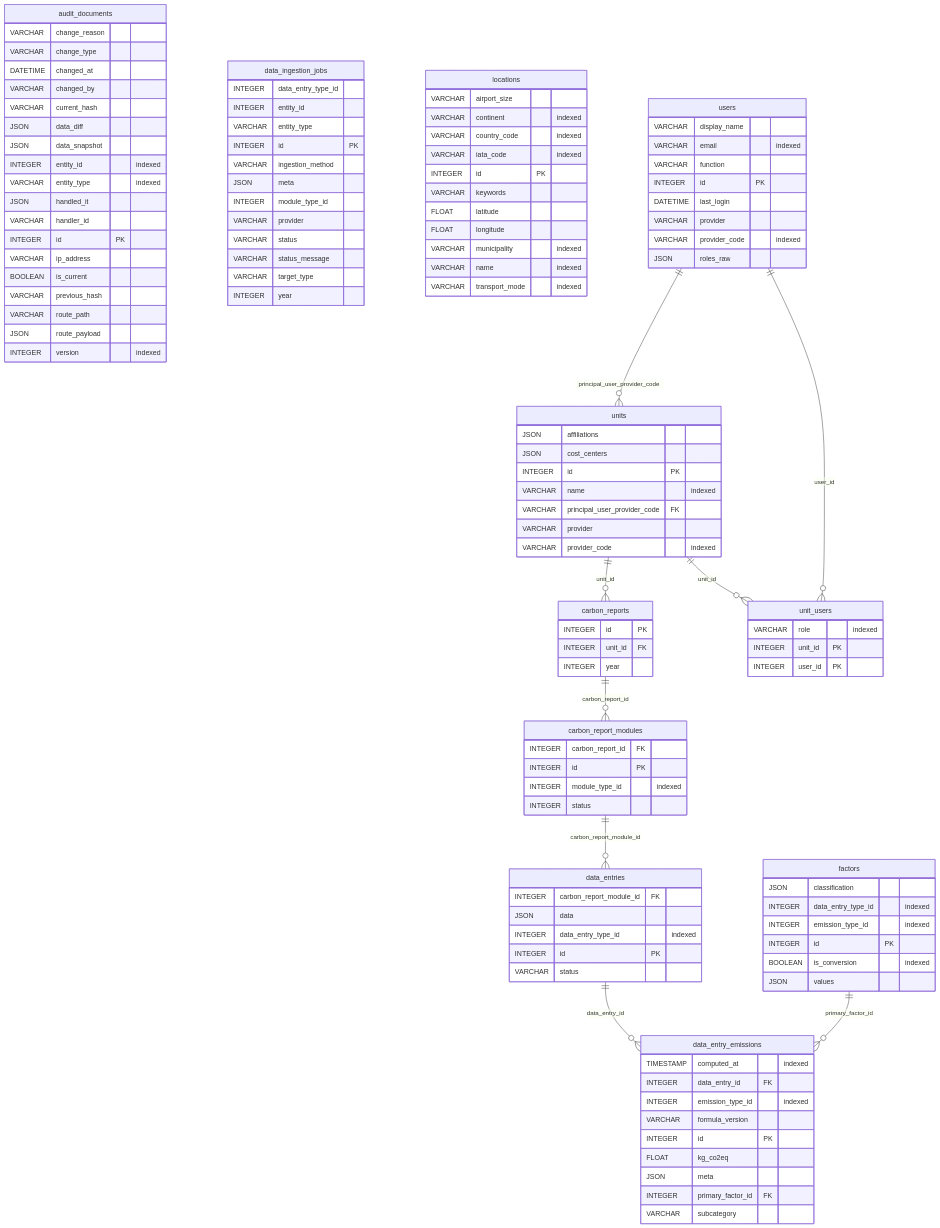
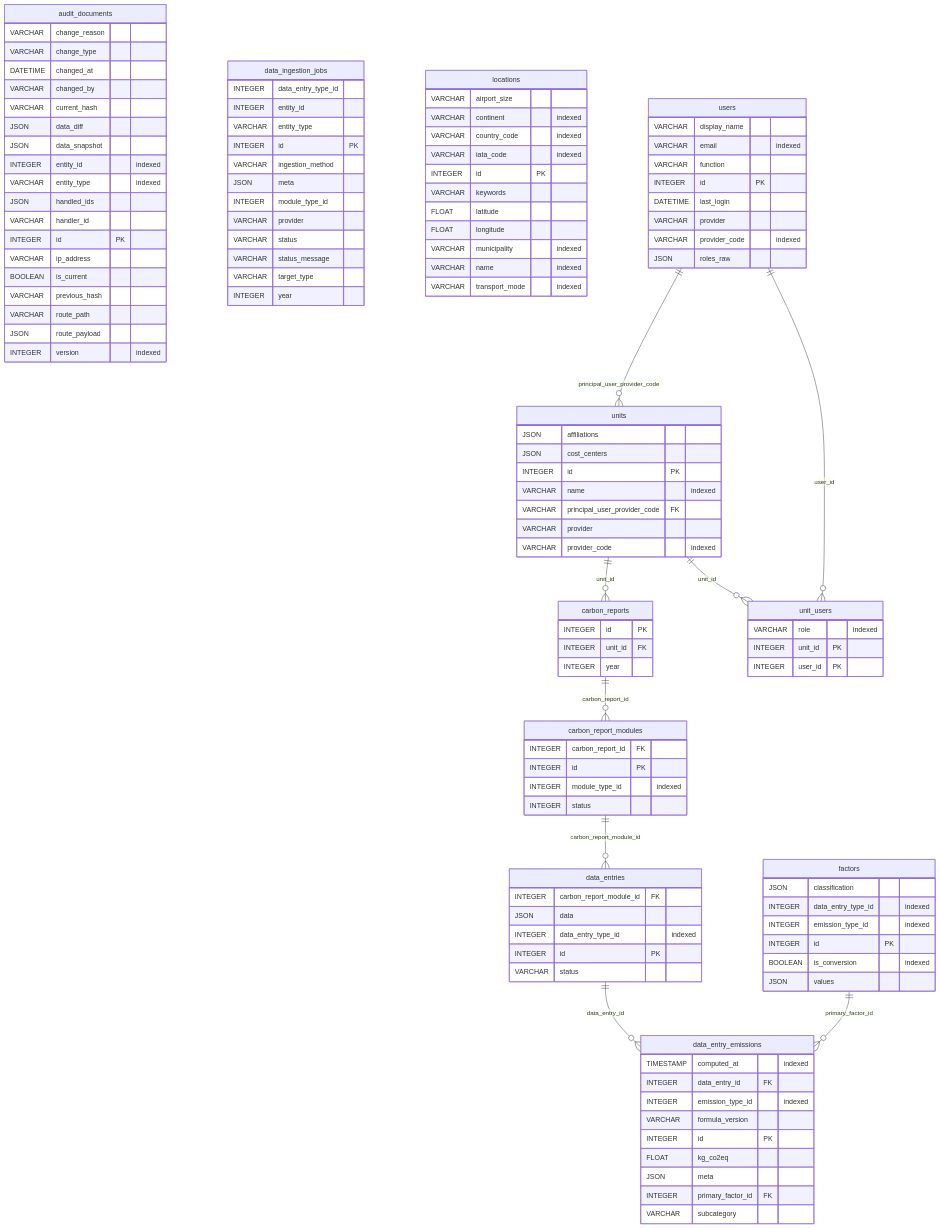
One commit to EPFL-ENAC/co2-calculator changed the diagram in docs/src/database/erd.md. Above: the diagram before and after it, drawn with Mermaid. The commit also changed 10 other files, not shown here.

Commit message:
feat(audit): enhance audit logging with request context and handled IDs extraction

```diff
--- a/docs/src/database/erd.md
+++ b/docs/src/database/erd.md
@@ -12,7 +12,7 @@
     JSON data_snapshot
     INTEGER entity_id "indexed"
     VARCHAR entity_type "indexed"
-    JSON handled_it
+    JSON handled_ids
     VARCHAR handler_id
     INTEGER id PK
     VARCHAR ip_address
```
